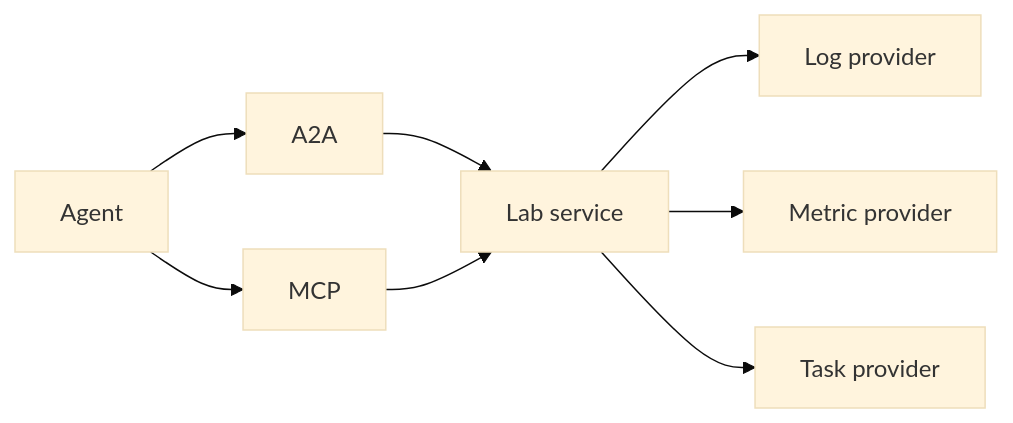
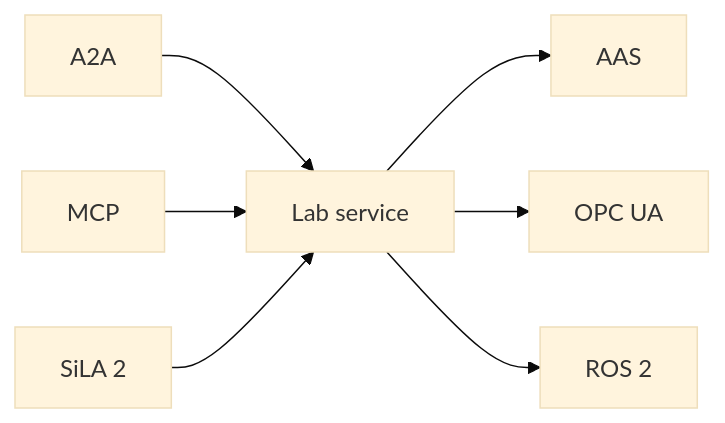
Before and after one commit to A3Analytics/a2a-lab-dev-kit-rs: the diagram in README.md, drawn with Mermaid (base theme). The commit also changed other lines of this file, not shown here.

````diff
--- a/README.md
+++ b/README.md
@@ -18,12 +21,11 @@
 ```mermaid
 flowchart LR
-  accTitle: Agent call path
-  accDescr: An agent calls A2A or MCP. Both paths reach the lab service. The lab service calls the log, metric, and task providers.
-  agent["Agent"] --> a2a["A2A"]
-  agent --> mcp["MCP"]
-  a2a --> labService["Lab service"]
-  mcp --> labService
-  labService --> logProvider["Log provider"]
-  labService --> metricProvider["Metric provider"]
-  labService --> taskProvider["Task provider"]
+  accTitle: A2A-LAB devkit
+  accDescr: A2A, MCP, and SiLA 2 call the lab service. The lab service uses AAS, OPC UA, and ROS 2.
+  a2a["A2A"] --> lab["Lab service"]
+  mcp["MCP"] --> lab
+  sila["SiLA 2"] --> lab
+  lab --> aas["AAS"]
+  lab --> opc["OPC UA"]
+  lab --> ros["ROS 2"]
 ```
````
